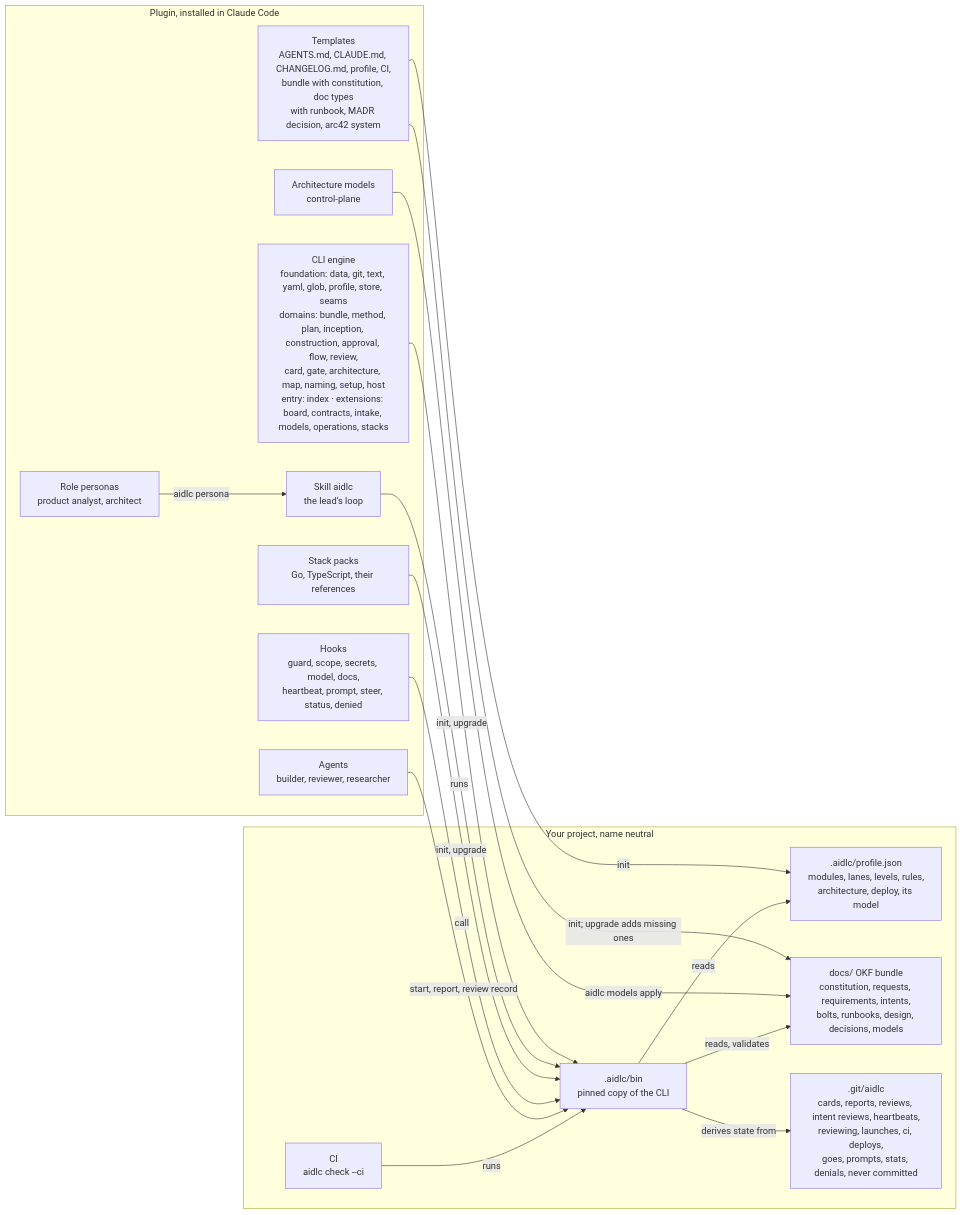
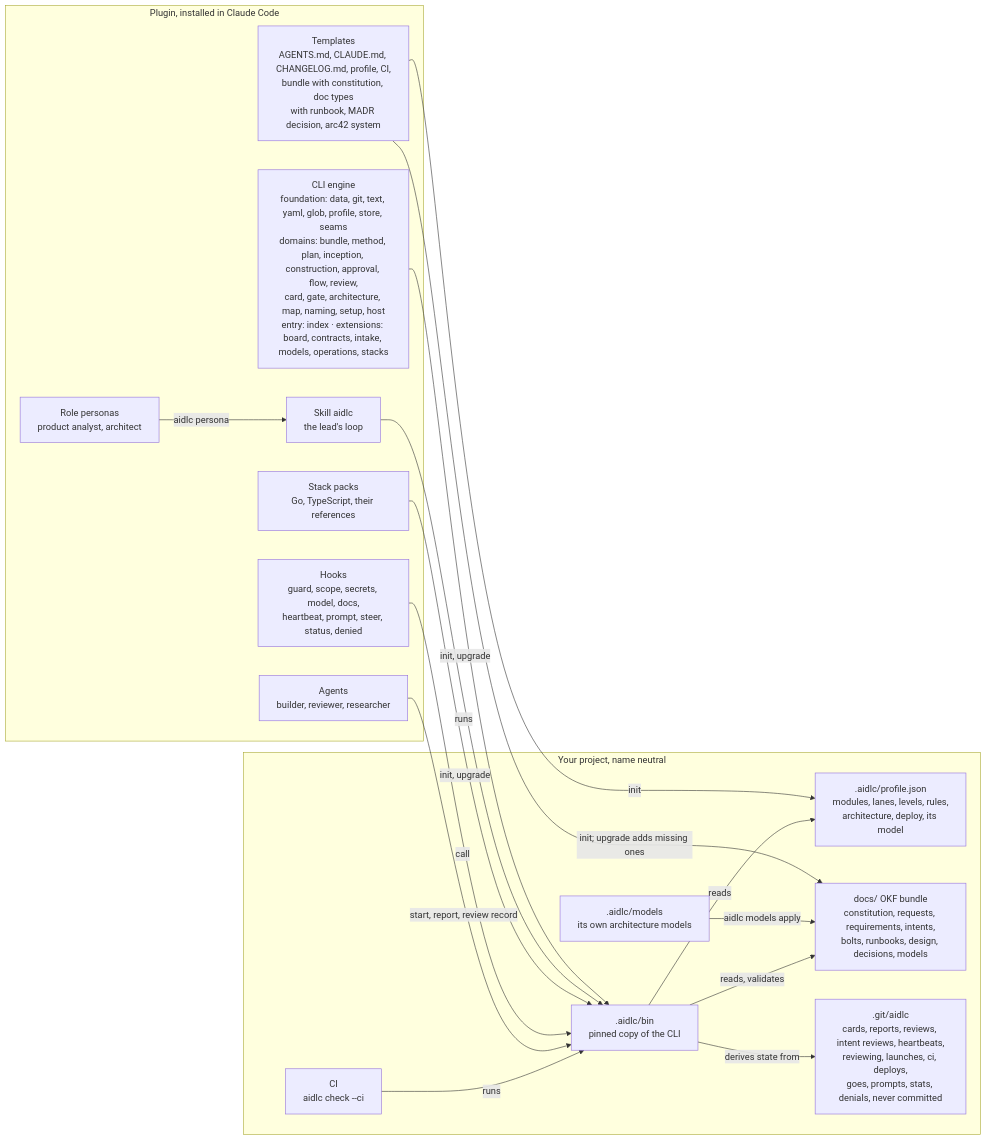
One commit to Scrollout/aidlc-team-plugin changed the second of 2 diagrams in README.md. Above: the diagram before and after it, drawn with Mermaid. The commit also changed 47 other files, not shown here.

````diff
--- a/README.md
+++ b/README.md
@@ -53,35 +53,35 @@
 ```mermaid
 flowchart LR
   subgraph plugin["Plugin, installed in Claude Code"]
     skill["Skill aidlc<br/>the lead's loop"]
     agents["Agents<br/>builder, reviewer, researcher"]
     personas["Role personas<br/>product analyst, architect"]
-    models["Architecture models<br/>control-plane"]
     packs["Stack packs<br/>Go, TypeScript, their references"]
     hooks["Hooks<br/>guard, scope, secrets, model, docs,<br/>heartbeat, prompt, steer, status, denied"]
     cli["CLI engine<br/>foundation: data, git, text, yaml, glob, profile, store, seams<br/>domains: bundle, method, plan, inception, construction, approval, flow, review,<br/>card, gate, architecture, map, naming, setup, host<br/>entry: index · extensions: board, contracts, intake, models, operations, stacks"]
     templates["Templates<br/>AGENTS.md, CLAUDE.md, CHANGELOG.md, profile, CI,<br/>bundle with constitution, doc types<br/>with runbook, MADR decision, arc42 system"]
   end
 
   subgraph project["Your project, name neutral"]
     profile[".aidlc/profile.json<br/>modules, lanes, levels, rules,<br/>architecture, deploy, its model"]
     bin[".aidlc/bin<br/>pinned copy of the CLI"]
+    models[".aidlc/models<br/>its own architecture models"]
     docs["docs/ OKF bundle<br/>constitution, requests, requirements, intents,<br/>bolts, runbooks, design, decisions, models"]
     runtime[".git/aidlc<br/>cards, reports, reviews, intent reviews, heartbeats,<br/>reviewing, launches, ci, deploys,<br/>goes, prompts, stats, denials, never committed"]
     ci["CI<br/>aidlc check --ci"]
   end
 
   templates -- "init" --> profile
   templates -- "init; upgrade adds missing ones" --> docs
   cli -- "init, upgrade" --> bin
   skill -- "runs" --> bin
   personas -- "aidlc persona" --> skill
   models -- "aidlc models apply" --> docs
   packs -- "init, upgrade" --> bin
   hooks -- "call" --> bin
   agents -- "start, report, review record" --> bin
   ci -- "runs" --> bin
   bin -- "reads, validates" --> docs
   bin -- "reads" --> profile
   bin -- "derives state from" --> runtime
 ```
````
